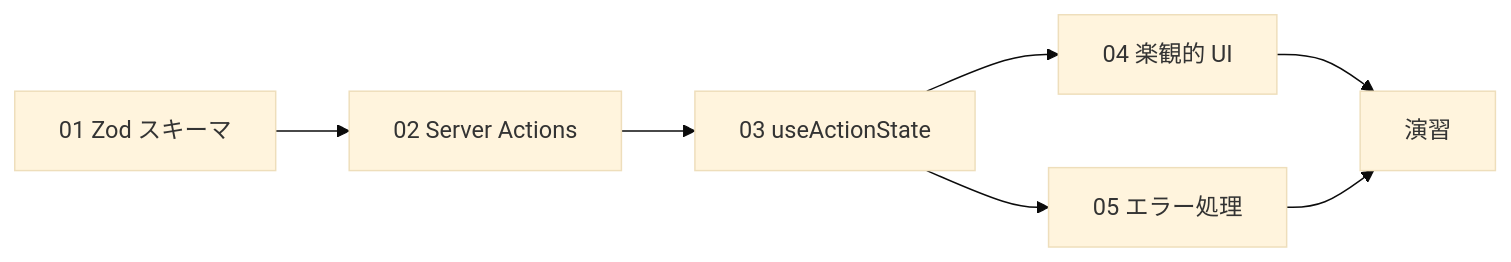
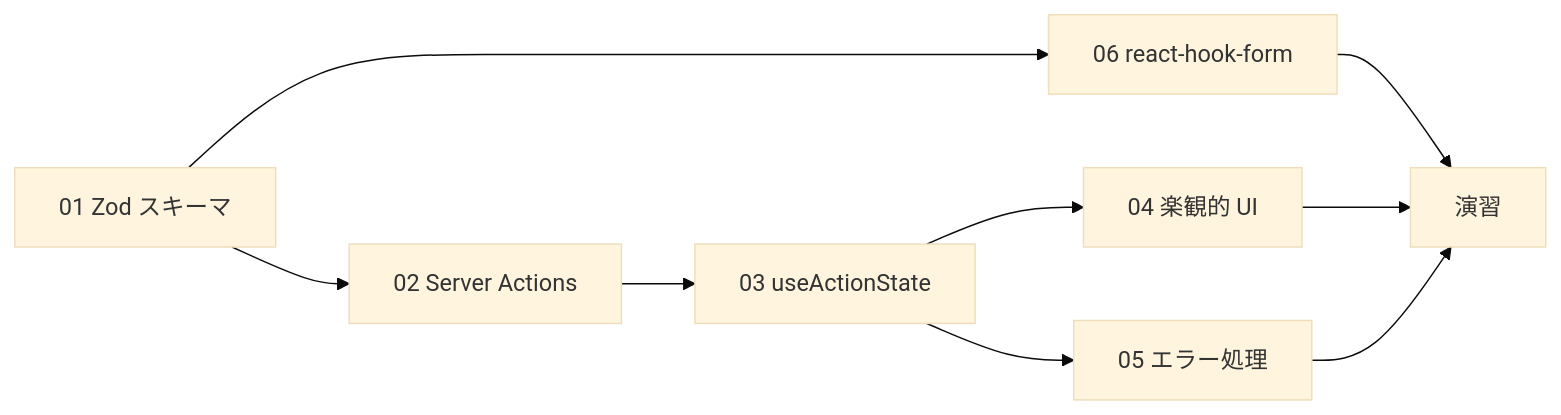
One commit to lc-semba-ryuichiro/practice-next-ec changed the first of 3 diagrams in docs/phase-07-forms-validation/README.md. Above: the diagram before and after it, drawn with Mermaid (base theme). The commit also changed other lines of this file and 9 other files, not shown here.

````diff
--- a/docs/phase-07-forms-validation/README.md
+++ b/docs/phase-07-forms-validation/README.md
@@ -76,9 +79,11 @@
 ```mermaid
 graph LR
     A["01 Zod スキーマ"] --> B["02 Server Actions"]
     B --> C["03 useActionState"]
     C --> D["04 楽観的 UI"]
     C --> E["05 エラー処理"]
-    D --> F["演習"]
+    A --> G["06 react-hook-form"]
+    G --> F["演習"]
+    D --> F
     E --> F
 ```
````
